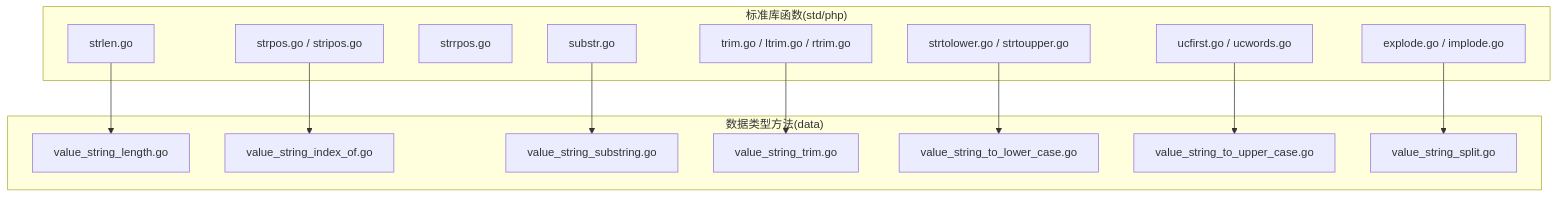
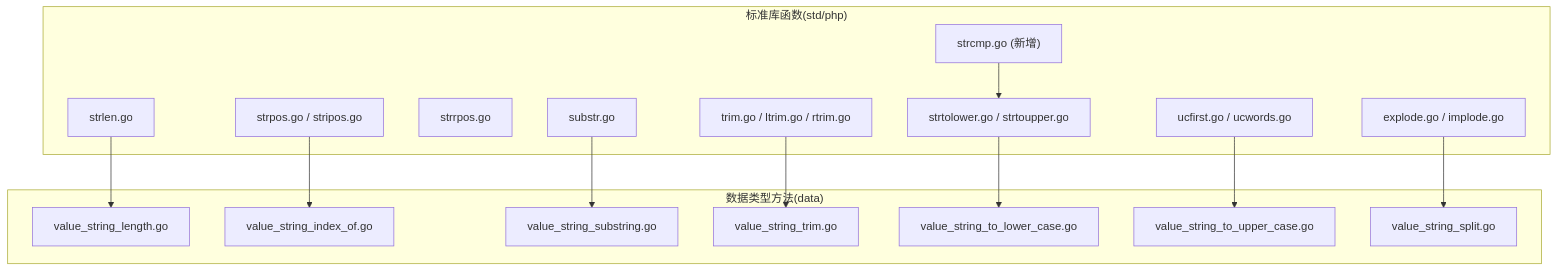
The first of 10 diagrams in .qoder/repowiki/zh/content/PHP集成/PHP标准库/字符串函数.md (php-any/origami), drawn with Mermaid before and after one commit. The commit also changed other lines of this file and 21 other files, not shown here.

````diff
--- a/.qoder/repowiki/zh/content/PHP集成/PHP标准库/字符串函数.md
+++ b/.qoder/repowiki/zh/content/PHP集成/PHP标准库/字符串函数.md
@@ -59,29 +68,31 @@
 ```mermaid
 graph TB
 subgraph "标准库函数(std/php)"
 S1["strlen.go"]
 S2["strpos.go / stripos.go"]
 S3["strrpos.go"]
 S4["substr.go"]
-S5["strtolower.go / strtoupper.go"]
-S6["ucfirst.go / ucwords.go"]
-S7["trim.go / ltrim.go / rtrim.go"]
-S8["explode.go / implode.go"]
+S5["strcmp.go (新增)"]
+S6["strtolower.go / strtoupper.go"]
+S7["ucfirst.go / ucwords.go"]
+S8["trim.go / ltrim.go / rtrim.go"]
+S9["explode.go / implode.go"]
 end
 subgraph "数据类型方法(data)"
 D1["value_string_length.go"]
 D2["value_string_index_of.go"]
 D3["value_string_substring.go"]
 D4["value_string_trim.go"]
 D5["value_string_to_lower_case.go"]
 D6["value_string_to_upper_case.go"]
 D7["value_string_split.go"]
 end
 S1 --> D1
 S2 --> D2
 S4 --> D3
-S7 --> D4
-S5 --> D5
-S6 --> D6
-S8 --> D7
+S5 --> S6
+S8 --> D4
+S6 --> D5
+S7 --> D6
+S9 --> D7
 ```
````
